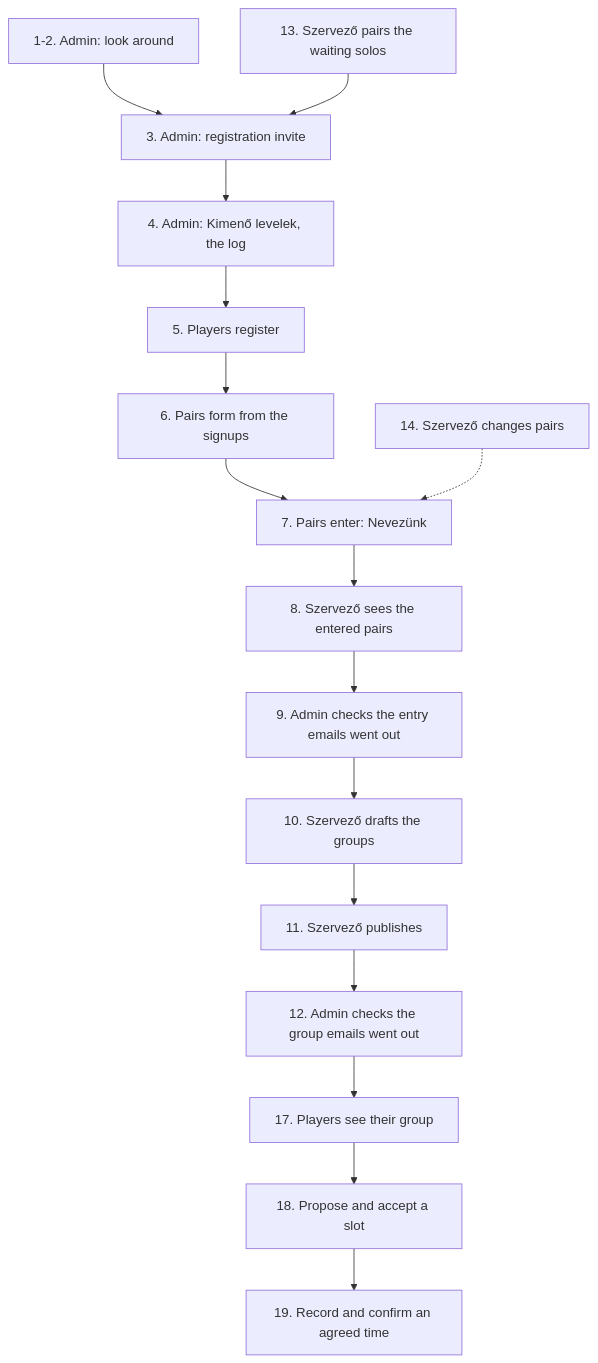
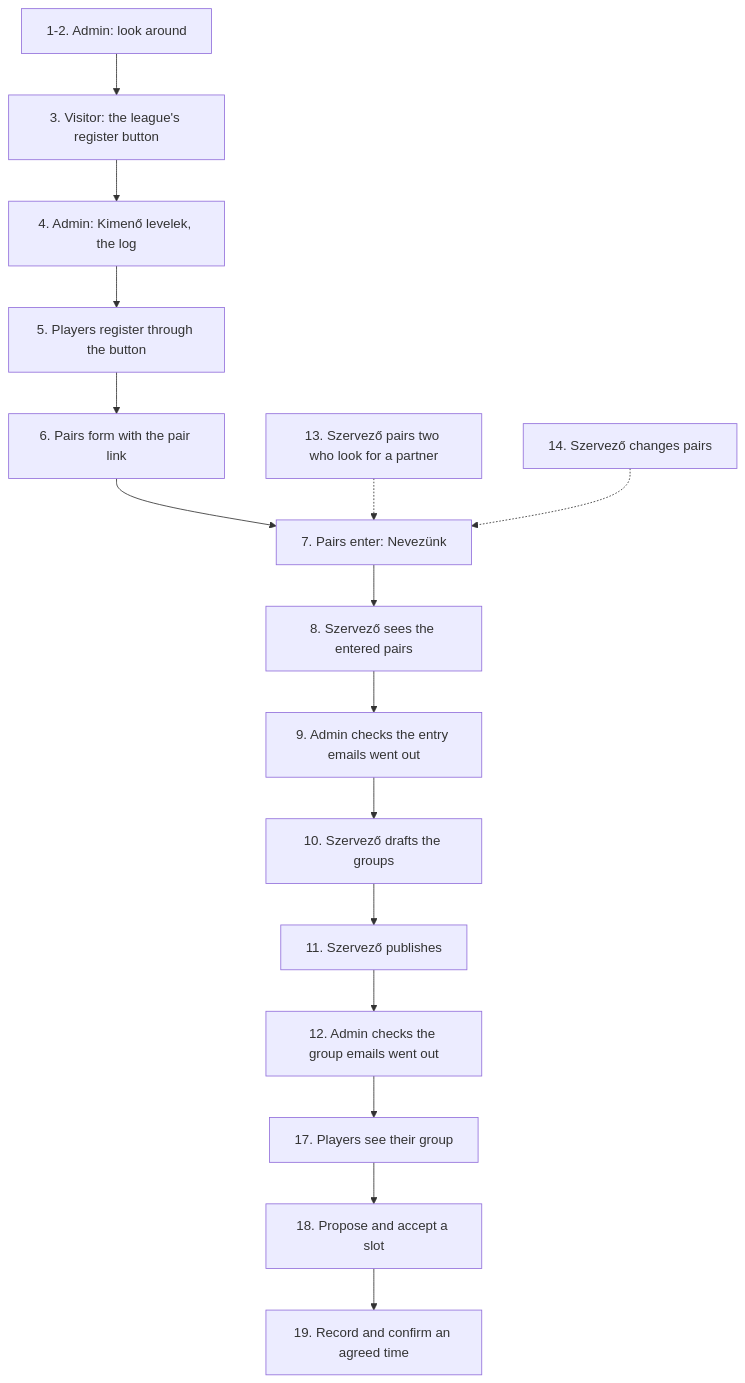
The diagram in docs/walkthrough.md (devel0peter/padel-liga), drawn with Mermaid before and after one commit. The commit also changed other lines of this file and 87 other files, not shown here.

First line of the commit message:
feat: admin pages and flows stop reading the interest list (#333)

````diff
--- a/docs/walkthrough.md
+++ b/docs/walkthrough.md
@@ -91,18 +92,18 @@
 ```mermaid
 flowchart TD
-  A["1-2. Admin: look around"] --> B["3. Admin: registration invite"]
+  A["1-2. Admin: look around"] --> B["3. Visitor: the league's register button"]
   B --> C["4. Admin: Kimenő levelek, the log"]
-  C --> D["5. Players register"]
-  D --> E["6. Pairs form from the signups"]
+  C --> D["5. Players register through the button"]
+  D --> E["6. Pairs form with the pair link"]
   E --> F["7. Pairs enter: Nevezünk"]
   F --> G["8. Szervező sees the entered pairs"]
   G --> H["9. Admin checks the entry emails went out"]
   H --> I["10. Szervező drafts the groups"]
   I --> J["11. Szervező publishes"]
   J --> K["12. Admin checks the group emails went out"]
   K --> N["17. Players see their group"]
   N --> O["18. Propose and accept a slot"]
   O --> P["19. Record and confirm an agreed time"]
-  L["13. Szervező pairs the waiting solos"] --> B
+  L["13. Szervező pairs two who look for a partner"] -.-> F
   M["14. Szervező changes pairs"] -.-> F
 ```
````
